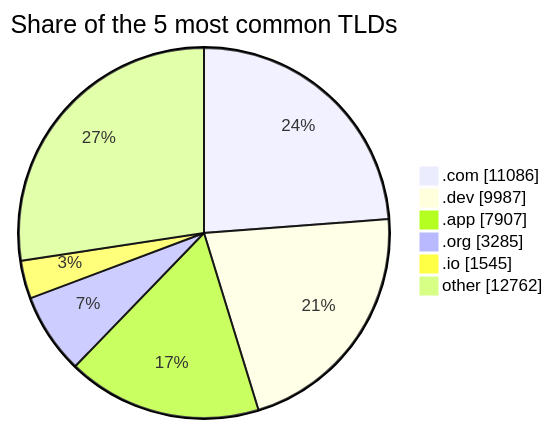
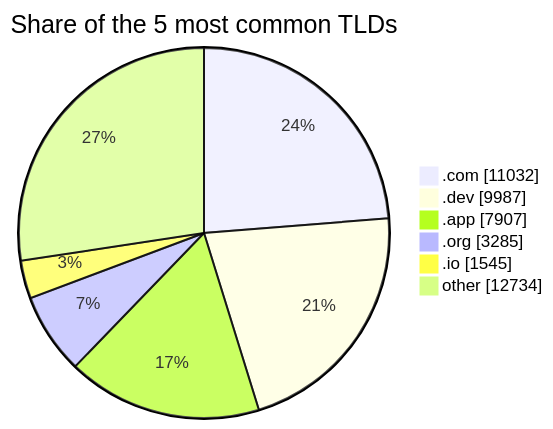
The third of 3 diagrams in README.md (DNSBunker/CTI), drawn with Mermaid before and after one commit. The commit also changed other lines of this file and 3 other files, not shown here.

````diff
--- a/README.md
+++ b/README.md
@@ -81,9 +81,9 @@
 ```mermaid
 pie showData title Share of the 5 most common TLDs
-    ".com" : 11086
+    ".com" : 11032
     ".dev" : 9987
     ".app" : 7907
     ".org" : 3285
     ".io" : 1545
-    "other" : 12762
+    "other" : 12734
 ```
````
